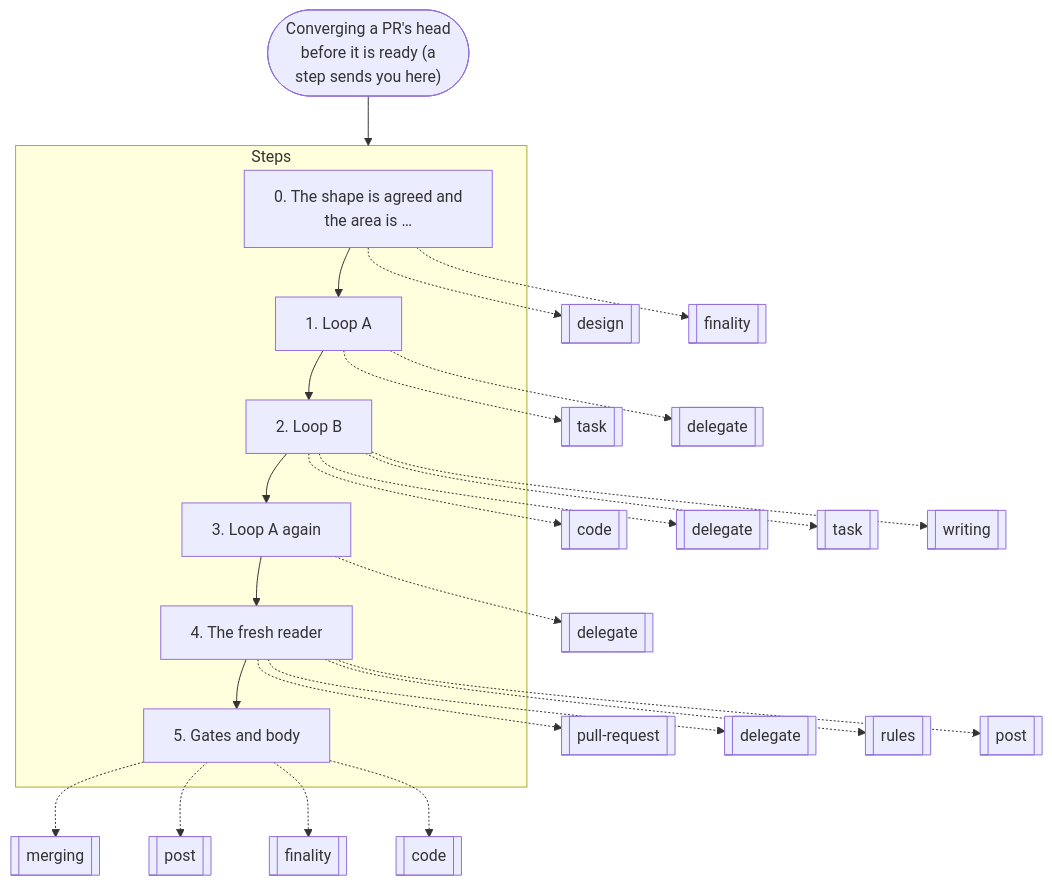
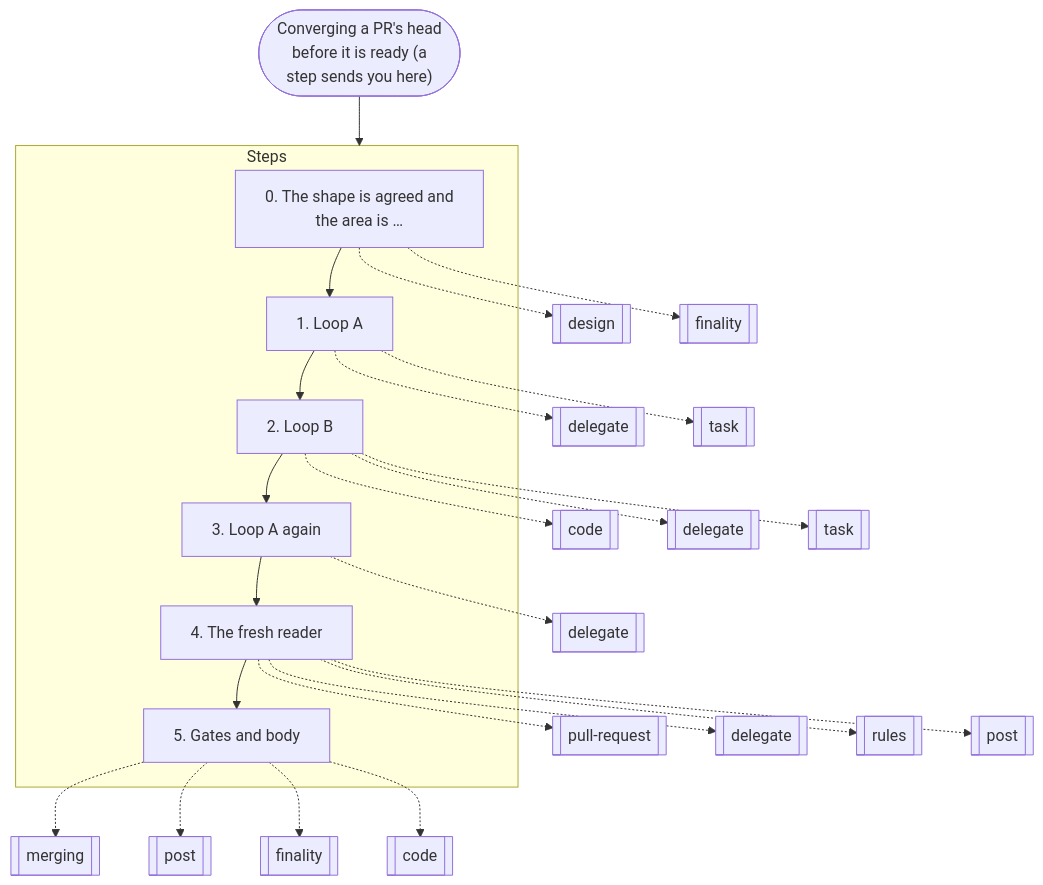
Before and after one commit to nitedani/mergeworthy: diagram 11 of 19 in docs/graphs.md, drawn with Mermaid. The commit also changed other lines of this file and 1 other file, not shown here.

````diff
--- a/docs/graphs.md
+++ b/docs/graphs.md
@@ -296,35 +296,34 @@
 ```mermaid
 flowchart TB
   start(["Converging a PR's head<br/>before it is ready (a<br/>step sends you here)"])
   subgraph g0["Steps"]
     s0["0. The shape is agreed and<br/>the area is …"]
     s1["1. Loop A"]
     s0 --> s1
     s2["2. Loop B"]
     s1 --> s2
     s3["3. Loop A again"]
     s2 --> s3
     s4["4. The fresh reader"]
     s3 --> s4
     s5["5. Gates and body"]
     s4 --> s5
   end
   s0 -.-> r1[["design"]]
   s0 -.-> r2[["finality"]]
-  s1 -.-> r3[["task"]]
-  s1 -.-> r4[["delegate"]]
+  s1 -.-> r3[["delegate"]]
+  s1 -.-> r4[["task"]]
   s2 -.-> r5[["code"]]
   s2 -.-> r6[["delegate"]]
   s2 -.-> r7[["task"]]
-  s2 -.-> r8[["writing"]]
-  s3 -.-> r9[["delegate"]]
-  s4 -.-> r10[["pull-request"]]
-  s4 -.-> r11[["delegate"]]
-  s4 -.-> r12[["rules"]]
-  s4 -.-> r13[["post"]]
-  s5 -.-> r14[["merging"]]
-  s5 -.-> r15[["post"]]
-  s5 -.-> r16[["finality"]]
-  s5 -.-> r17[["code"]]
+  s3 -.-> r8[["delegate"]]
+  s4 -.-> r9[["pull-request"]]
+  s4 -.-> r10[["delegate"]]
+  s4 -.-> r11[["rules"]]
+  s4 -.-> r12[["post"]]
+  s5 -.-> r13[["merging"]]
+  s5 -.-> r14[["post"]]
+  s5 -.-> r15[["finality"]]
+  s5 -.-> r16[["code"]]
   start --> g0
 ```
````
